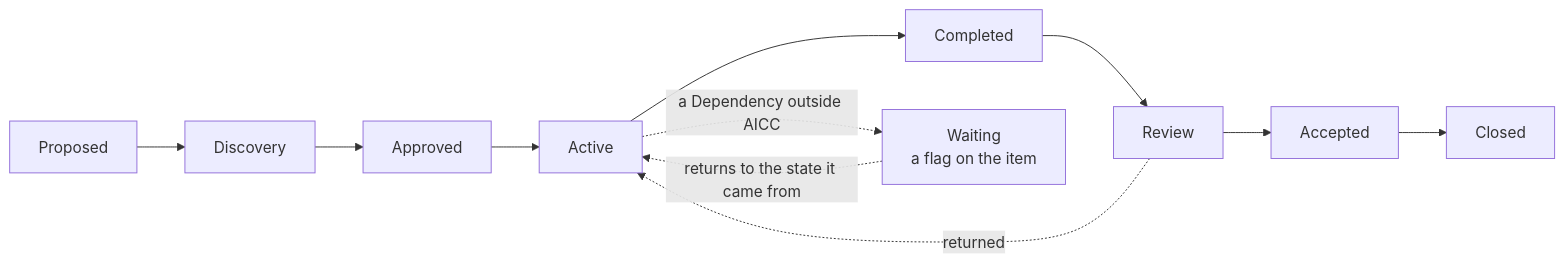
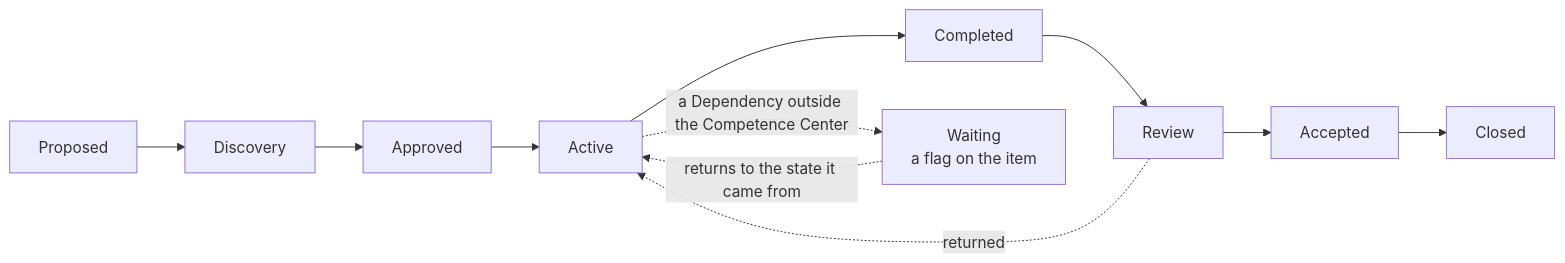
The second of 10 diagrams in charter/en/workflows/service-delivery.md (devhogu/ob-aicc), drawn with Mermaid before and after one commit. The commit also changed other lines of this file and 1149 other files, not shown here.

First line of the commit message:
The name Competence Center: AICC stays only as a code (DR-2026-066)

````diff
--- a/charter/en/workflows/service-delivery.md
+++ b/charter/en/workflows/service-delivery.md
@@ -47,13 +47,13 @@
 ```mermaid
 flowchart LR
   P["Proposed"] --> D["Discovery"]
   D --> A["Approved"]
   A --> AC["Active"]
   AC --> C["Completed"]
   C --> R["Review"]
   R --> AK["Accepted"]
   AK --> CL["Closed"]
   R -.->|"returned"| AC
-  AC -.->|"a Dependency outside AICC"| W["Waiting<br/>a flag on the item"]
+  AC -.->|"a Dependency outside the Competence Center"| W["Waiting<br/>a flag on the item"]
   W -.->|"returns to the state it came from"| AC
 ```
````
